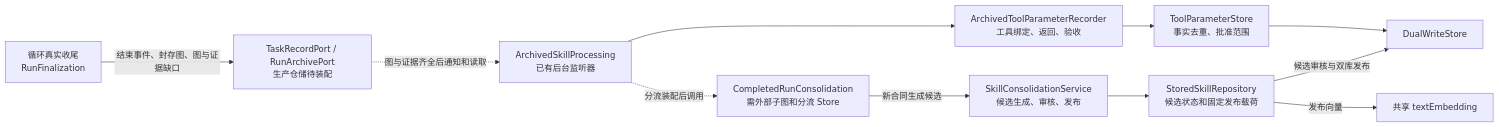
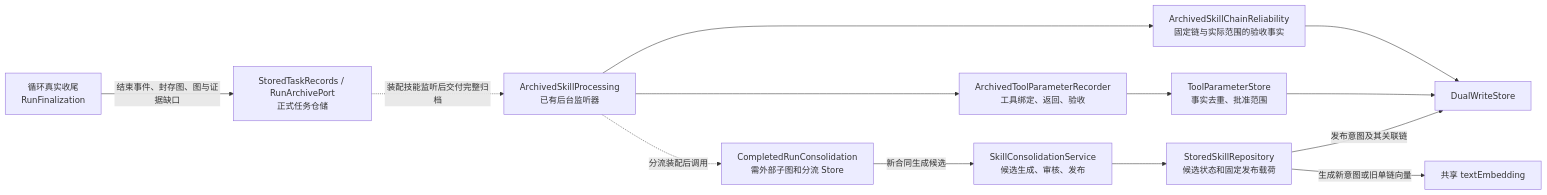
One commit to lingdehui/myhelper changed the tenth of 10 diagrams in docs/completed/已实现架构图.md. Above: the diagram before and after it, drawn with Mermaid. The commit also changed other lines of this file and 4 other files, not shown here.

````diff
--- a/docs/completed/已实现架构图.md
+++ b/docs/completed/已实现架构图.md
@@ -321,23 +374,26 @@
 ```mermaid
 flowchart LR
     R["循环真实收尾<br/>RunFinalization"]
-    P["TaskRecordPort / RunArchivePort<br/>生产仓储待装配"]
+    P["StoredTaskRecords / RunArchivePort<br/>正式任务仓储"]
     L["ArchivedSkillProcessing<br/>已有后台监听器"]
     S["ArchivedToolParameterRecorder<br/>工具绑定、返回、验收"]
     T["ToolParameterStore<br/>事实去重、批准范围"]
+    RANK["ArchivedSkillChainReliability<br/>固定链与实际范围的验收事实"]
     C["CompletedRunConsolidation<br/>需外部子图和分流 Store"]
     U["SkillConsolidationService<br/>候选生成、审核、发布"]
     B["StoredSkillRepository<br/>候选状态和固定发布载荷"]
     E["共享 textEmbedding"]
     D["DualWriteStore"]
     R -->|结束事件、封存图、图与证据缺口| P
-    P -. 图与证据齐全后通知和读取 .-> L
+    P -. 装配技能监听后交付完整归档 .-> L
     L --> S
     S --> T
+    L --> RANK
+    RANK --> D
     T --> D
     L -. 分流装配后调用 .-> C
     C -->|新合同生成候选| U
     U --> B
-    B -->|发布向量| E
-    B -->|候选审核与双库发布| D
+    B -->|生成新意图或旧单链向量| E
+    B -->|发布意图及其关联链| D
 ```
````
